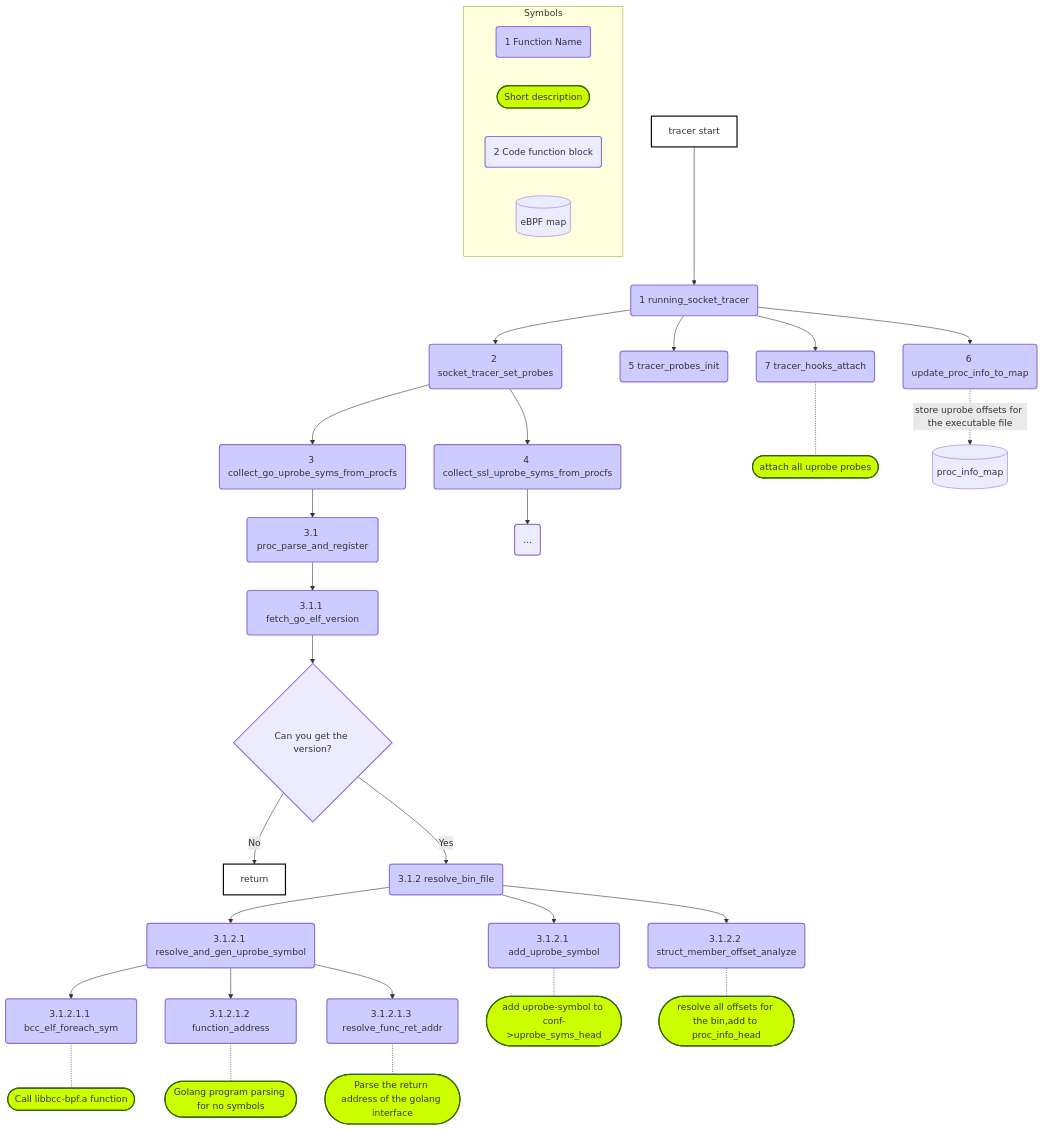
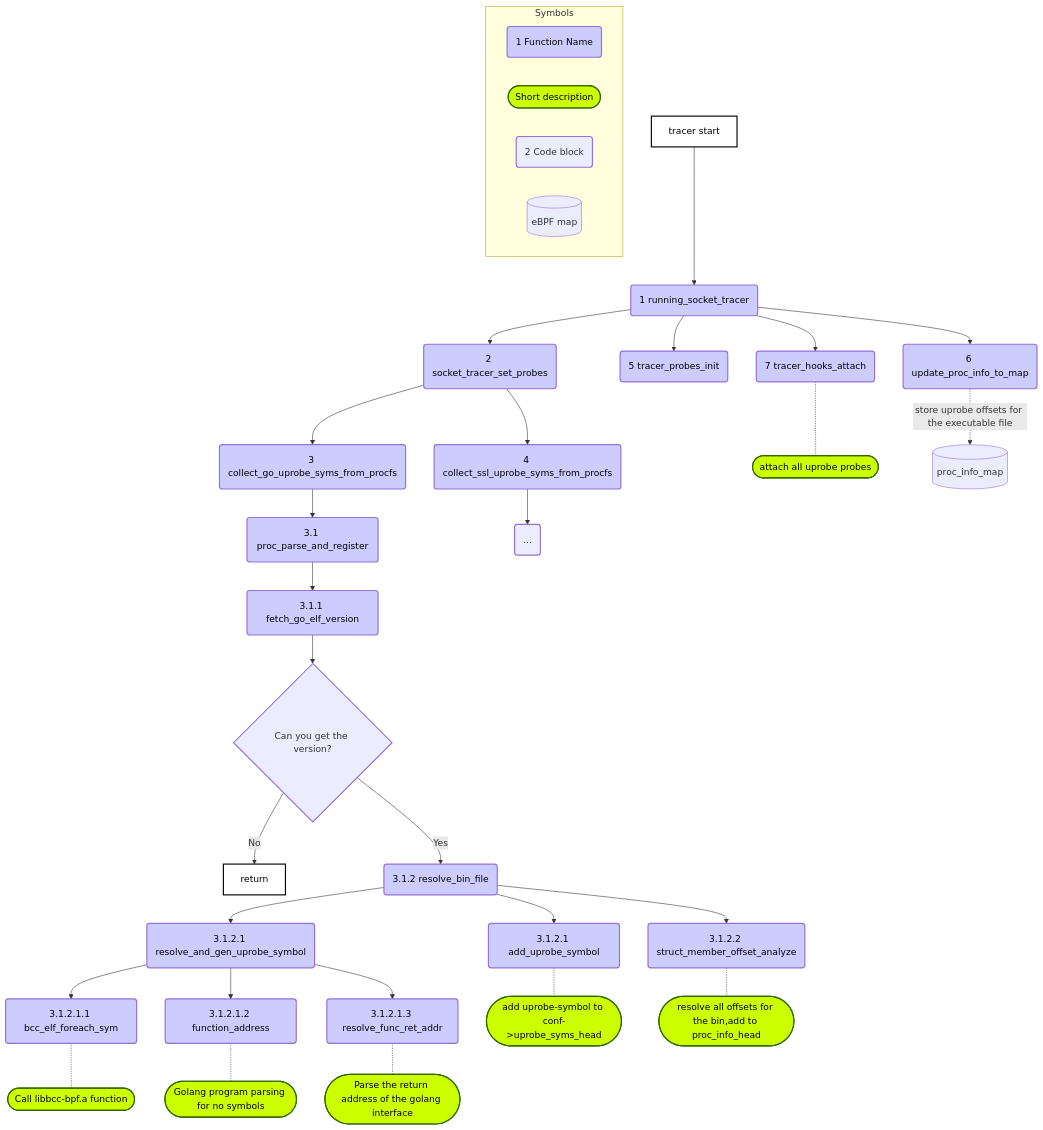
One commit to deepflowio/deepflow changed the fourth of 7 diagrams in agent/src/ebpf/README.md. Above: the diagram before and after it, drawn with Mermaid. The commit also changed other lines of this file, not shown here.

Commit message:
[eBPF] Update readme for flowchart drawing

````diff
--- a/agent/src/ebpf/README.md
+++ b/agent/src/ebpf/README.md
@@ -287,63 +286,63 @@
 ```mermaid
 graph TD
 subgraph Symbols
-    style illustration-func fill:#ccff, stroke-width:2px
-    style illustration-info fill:#cf0,stroke:#360,stroke-width:2px
+    style illustration-func fill:#ccff,color:#000, stroke-width:2px
+    style illustration-info fill:#cf0,color:#000,stroke:#360,stroke-width:2px
     style illustration-code-block stroke-width:2px
     illustration-func(1 Function Name)
     illustration-info([Short description])
-    illustration-code-block(2 Code function block)
+    illustration-code-block(2 Code block)
     illustration_map[(eBPF map)]
 end
-    style bcc_elf_foreach_sym-i fill:#cf0,stroke:#360,stroke-width:2px
-    style function_address-i fill:#cf0,stroke:#360,stroke-width:2px
-    style resolve_func_ret_addr-i fill:#cf0,stroke:#360,stroke-width:2px
-    style start fill:#fff,stroke:#000,stroke-width:2px
-    style running_socket_tracer fill:#ccff, stroke-width:2px
-    style running_socket_tracer-2 fill:#ccff, stroke-width:2px
-    style collect_go_uprobe_syms_from_procfs fill:#ccff, stroke-width:2px
-    style proc_parse_and_register fill:#ccff, stroke-width:2px
-    style fetch_go_elf_version fill:#ccff, stroke-width:2px
-    style collect_ssl_uprobe_syms_from_procfs fill:#ccff, stroke-width:2px
+    style bcc_elf_foreach_sym-i fill:#cf0,color:#000,stroke:#360,stroke-width:2px
+    style function_address-i fill:#cf0,color:#000,stroke:#360,stroke-width:2px
+    style resolve_func_ret_addr-i fill:#cf0,color:#000,stroke:#360,stroke-width:2px
+    style start fill:#fff,color:#000,stroke:#000,stroke-width:2px
+    style running_socket_tracer fill:#ccff,color:#000, stroke-width:2px
+    style running_socket_tracer-2 fill:#ccff,color:#000, stroke-width:2px
+    style collect_go_uprobe_syms_from_procfs fill:#ccff,color:#000, stroke-width:2px
+    style proc_parse_and_register fill:#ccff,color:#000, stroke-width:2px
+    style fetch_go_elf_version fill:#ccff,color:#000, stroke-width:2px
+    style collect_ssl_uprobe_syms_from_procfs fill:#ccff,color:#000, stroke-width:2px
     style IFGETVER stroke-width:2px
     style collect_ssl_detail stroke-width:2px
-    style RET fill:#fff,stroke:#000,stroke-width:2px 
-    style resolve_bin_file fill:#ccff, stroke-width:2px
-    style resolve_and_gen_uprobe_symbol fill:#ccff, stroke-width:2px
-    style bcc_elf_foreach_sym fill:#ccff, stroke-width:2px
-    style function_address fill:#ccff, stroke-width:2px
-    style resolve_func_ret_addr fill:#ccff, stroke-width:2px
-    style add_uprobe_symbol fill:#ccff, stroke-width:2px
-    style struct_member_offset_analyze fill:#ccff, stroke-width:2px
-    style tracer_probes_init fill:#ccff, stroke-width:2px
-    style tracer_hooks_attach fill:#ccff, stroke-width:2px
-    style update_proc_info_to_map fill:#ccff, stroke-width:2px
-    style add_uprobe_symbol-i fill:#cf0,stroke:#360,stroke-width:2px
-    style tracer_hooks_attach-i fill:#cf0,stroke:#360,stroke-width:2px
-    style struct_member_offset_analyze-i fill:#cf0,stroke:#360,stroke-width:2px
+    style RET fill:#fff,color:#000,stroke:#000,stroke-width:2px 
+    style resolve_bin_file fill:#ccff,color:#000, stroke-width:2px
+    style resolve_and_gen_uprobe_symbol fill:#ccff,color:#000, stroke-width:2px
+    style bcc_elf_foreach_sym fill:#ccff,color:#000, stroke-width:2px
+    style function_address fill:#ccff,color:#000, stroke-width:2px
+    style resolve_func_ret_addr fill:#ccff,color:#000, stroke-width:2px
+    style add_uprobe_symbol fill:#ccff,color:#000, stroke-width:2px
+    style struct_member_offset_analyze fill:#ccff,color:#000, stroke-width:2px
+    style tracer_probes_init fill:#ccff,color:#000, stroke-width:2px
+    style tracer_hooks_attach fill:#ccff,color:#000, stroke-width:2px
+    style update_proc_info_to_map fill:#ccff,color:#000, stroke-width:2px
+    style add_uprobe_symbol-i fill:#cf0,color:#000,stroke:#360,stroke-width:2px
+    style tracer_hooks_attach-i fill:#cf0,color:#000,stroke:#360,stroke-width:2px
+    style struct_member_offset_analyze-i fill:#cf0,color:#000,stroke:#360,stroke-width:2px
 
     start[tracer start]
     start --> running_socket_tracer(1 running_socket_tracer)
     running_socket_tracer --> running_socket_tracer-2(2 socket_tracer_set_probes)
     running_socket_tracer-2 --> collect_go_uprobe_syms_from_procfs(3 collect_go_uprobe_syms_from_procfs)
     running_socket_tracer-2 --> collect_ssl_uprobe_syms_from_procfs(4 collect_ssl_uprobe_syms_from_procfs)
 
     collect_go_uprobe_syms_from_procfs-->proc_parse_and_register(3.1 proc_parse_and_register)
     proc_parse_and_register-->fetch_go_elf_version(3.1.1 fetch_go_elf_version)
     fetch_go_elf_version-->IFGETVER{Can you get the version?}
     IFGETVER -->|No| RET[return]
     IFGETVER -->|Yes| resolve_bin_file(3.1.2 resolve_bin_file)
     resolve_bin_file-->resolve_and_gen_uprobe_symbol(3.1.2.1 resolve_and_gen_uprobe_symbol)
     resolve_and_gen_uprobe_symbol-->bcc_elf_foreach_sym(3.1.2.1.1 bcc_elf_foreach_sym)-.-bcc_elf_foreach_sym-i([Call libbcc-bpf.a function])
     resolve_and_gen_uprobe_symbol-->function_address(3.1.2.1.2 function_address)-.-function_address-i([Golang program parsing for no symbols])
     resolve_and_gen_uprobe_symbol-->resolve_func_ret_addr(3.1.2.1.3 resolve_func_ret_addr)-.-resolve_func_ret_addr-i([Parse the return address of the golang interface])
 
     resolve_bin_file-->add_uprobe_symbol(3.1.2.1 add_uprobe_symbol)
     add_uprobe_symbol-.-add_uprobe_symbol-i([add uprobe-symbol to conf->uprobe_syms_head])
     resolve_bin_file-->struct_member_offset_analyze(3.1.2.2 struct_member_offset_analyze)-.-struct_member_offset_analyze-i([resolve all offsets for the bin,add to proc_info_head])
     collect_ssl_uprobe_syms_from_procfs-->collect_ssl_detail(...)
     running_socket_tracer-->tracer_probes_init(5 tracer_probes_init)
     running_socket_tracer --> update_proc_info_to_map(6 update_proc_info_to_map)
     update_proc_info_to_map-.->|store uprobe offsets for the executable file|proc_info_map[(proc_info_map)]
     running_socket_tracer-->tracer_hooks_attach(7 tracer_hooks_attach)-.-tracer_hooks_attach-i([attach all uprobe probes])
 ```
````
